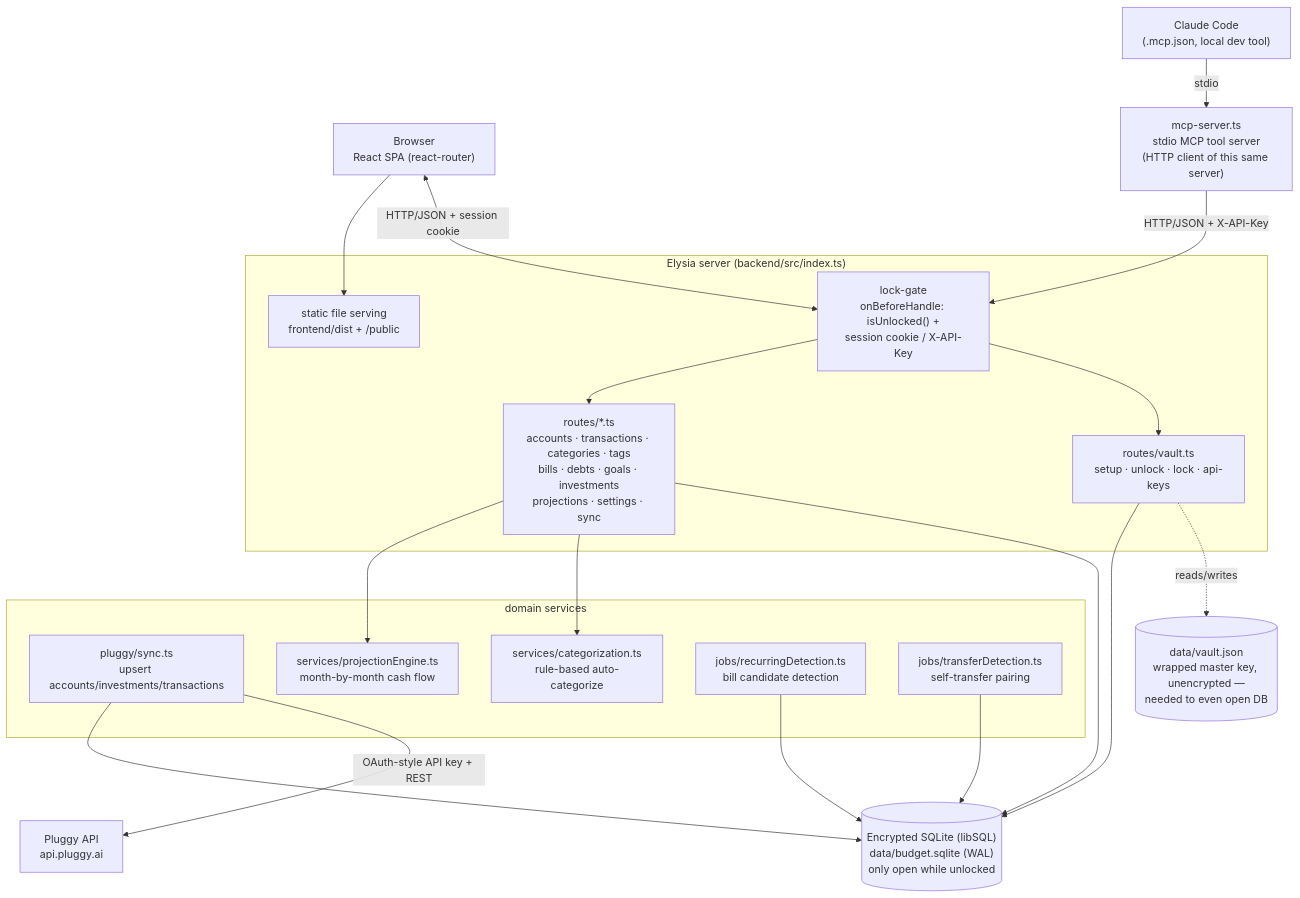
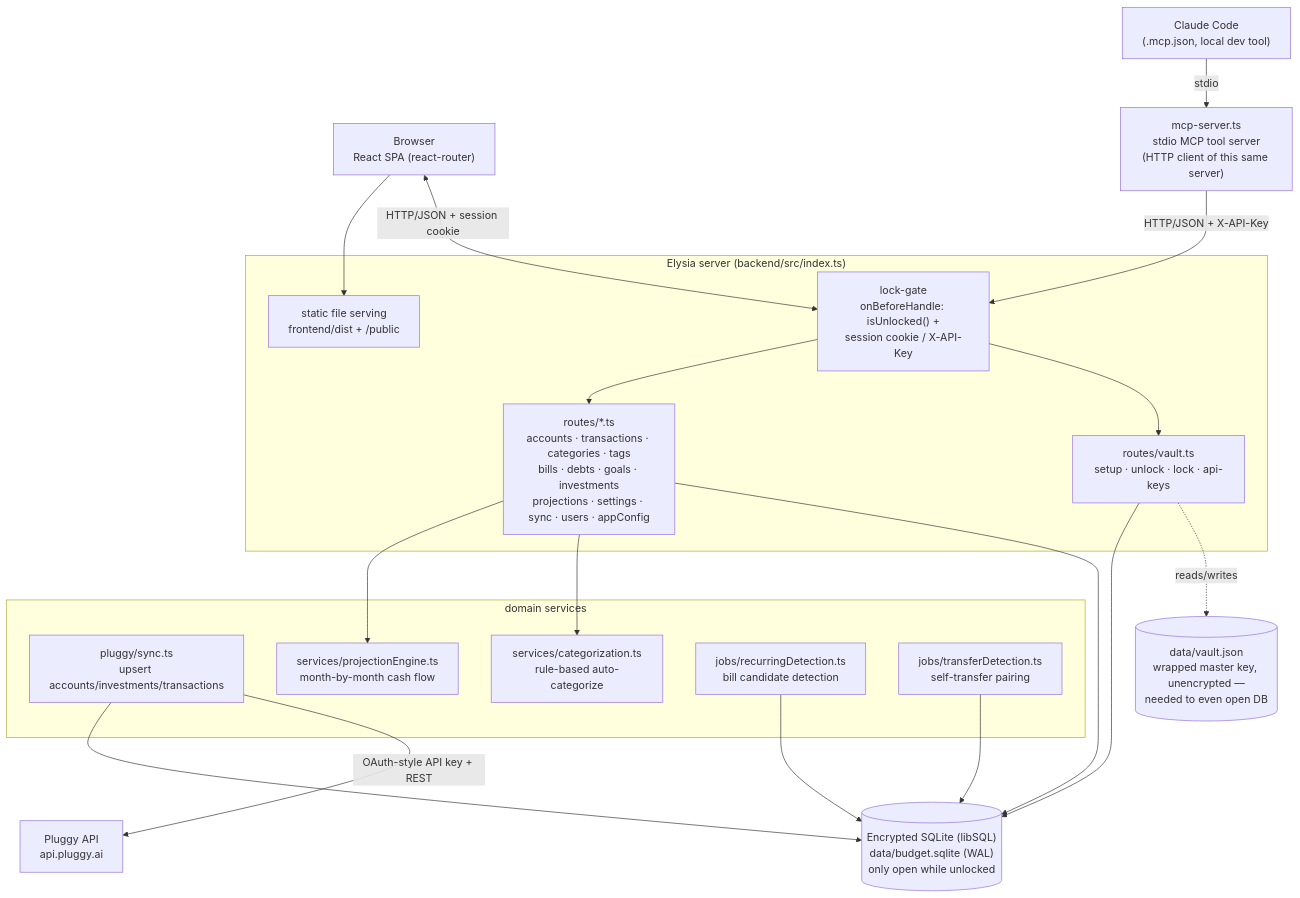
The second of 7 diagrams in ARCHITECTURE.md (Botelho31/copiloto-financeiro), drawn with Mermaid before and after one commit. The commit also changed other lines of this file and 4 other files, not shown here.

````diff
--- a/ARCHITECTURE.md
+++ b/ARCHITECTURE.md
@@ -38,42 +38,42 @@
 ```mermaid
 flowchart TB
     Browser["Browser<br>React SPA (react-router)"]
     ClaudeCode["Claude Code<br>(.mcp.json, local dev tool)"]
 
     subgraph Server["Elysia server (backend/src/index.ts)"]
         LockGate["lock-gate<br>onBeforeHandle: isUnlocked() +<br>session cookie / X-API-Key"]
         VaultRoutes["routes/vault.ts<br>setup · unlock · lock · api-keys"]
-        ApiRoutes["routes/*.ts<br>accounts · transactions · categories · tags<br>bills · debts · goals · investments<br>projections · settings · sync"]
+        ApiRoutes["routes/*.ts<br>accounts · transactions · categories · tags<br>bills · debts · goals · investments<br>projections · settings · sync · users · appConfig"]
         Static["static file serving<br>frontend/dist + /public"]
     end
 
     subgraph Services["domain services"]
         Sync["pluggy/sync.ts<br>upsert accounts/investments/transactions"]
         Categorization["services/categorization.ts<br>rule-based auto-categorize"]
         Projection["services/projectionEngine.ts<br>month-by-month cash flow"]
         RecurDetect["jobs/recurringDetection.ts<br>bill candidate detection"]
         TransferDetect["jobs/transferDetection.ts<br>self-transfer pairing"]
     end
 
     DB[("Encrypted SQLite (libSQL)<br>data/budget.sqlite (WAL)<br>only open while unlocked")]
     VaultFile[("data/vault.json<br>wrapped master key, unencrypted —<br>needed to even open DB")]
     Pluggy["Pluggy API<br>api.pluggy.ai"]
     MCP["mcp-server.ts<br>stdio MCP tool server<br>(HTTP client of this same server)"]
 
     Browser <-->|"HTTP/JSON + session cookie"| LockGate
     Browser --> Static
     LockGate --> VaultRoutes
     LockGate --> ApiRoutes
     VaultRoutes -.->|"reads/writes"| VaultFile
     VaultRoutes --> DB
     ApiRoutes --> DB
     ApiRoutes --> Categorization
     ApiRoutes --> Projection
     Sync -->|"OAuth-style API key + REST"| Pluggy
     Sync --> DB
     RecurDetect --> DB
     TransferDetect --> DB
 
     MCP -->|"HTTP/JSON + X-API-Key"| LockGate
     ClaudeCode -->|"stdio"| MCP
 ```
````
